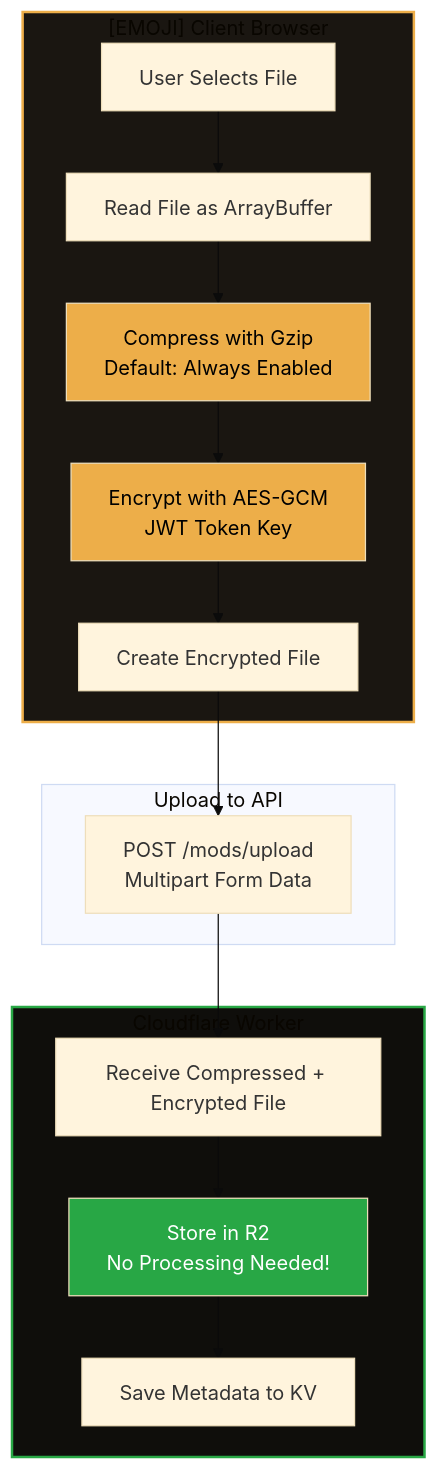
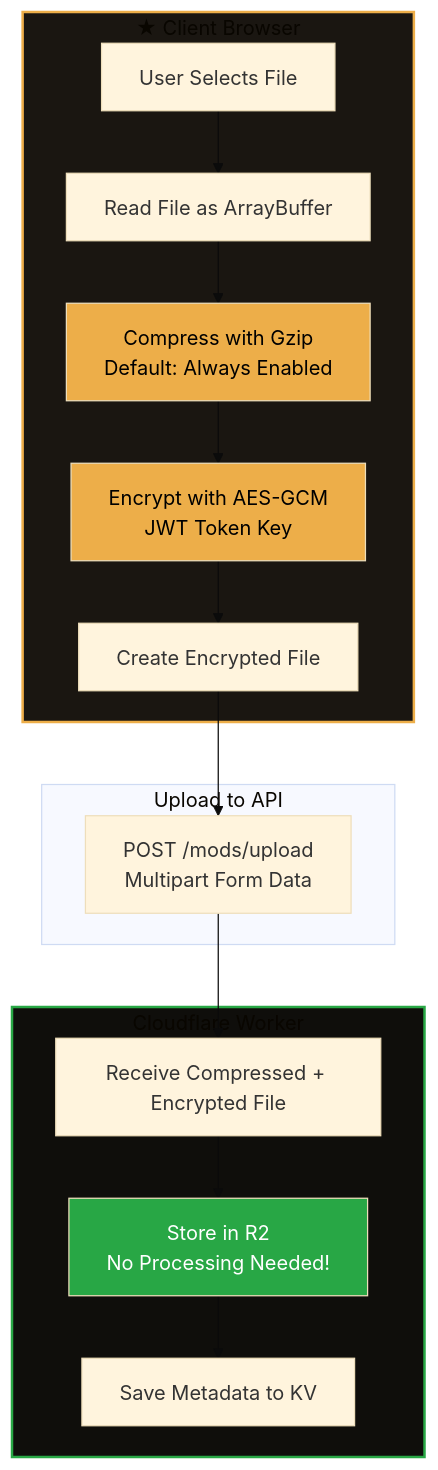
Before and after one commit to Underwood-Inc/strixun-stream-suite: the first of 2 diagrams in serverless/mods-api/README.md, drawn with Mermaid (base theme). The commit also changed other lines of this file and 609 other files, not shown here.

````diff
--- a/serverless/mods-api/README.md
+++ b/serverless/mods-api/README.md
@@ -22,25 +22,25 @@
 ```mermaid
 flowchart TB
-    subgraph Client["[EMOJI] Client Browser"]
+    subgraph Client[" ★ Client Browser"]
         A[User Selects File] --> B[Read File as ArrayBuffer]
         B --> C[Compress with Gzip<br/>Default: Always Enabled]
         C --> D[Encrypt with AES-GCM<br/>JWT Token Key]
         D --> E[Create Encrypted File]
     end
     
     subgraph Upload[" Upload to API"]
         E --> F[POST /mods/upload<br/>Multipart Form Data]
     end
     
     subgraph Server[" Cloudflare Worker"]
         F --> G[Receive Compressed + Encrypted File]
         G --> H[Store in R2<br/>No Processing Needed!]
         H --> I[Save Metadata to KV]
     end
     
     style Client fill:#1a1611,stroke:#edae49,stroke-width:2px
     style C fill:#edae49,color:#000
     style D fill:#edae49,color:#000
     style Server fill:#0f0e0b,stroke:#28a745,stroke-width:2px
     style H fill:#28a745,color:#fff
 ```
````
